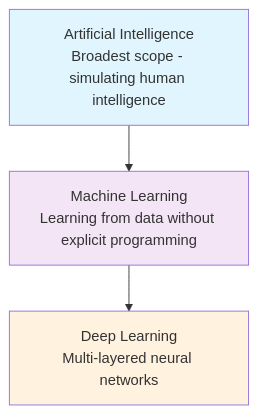
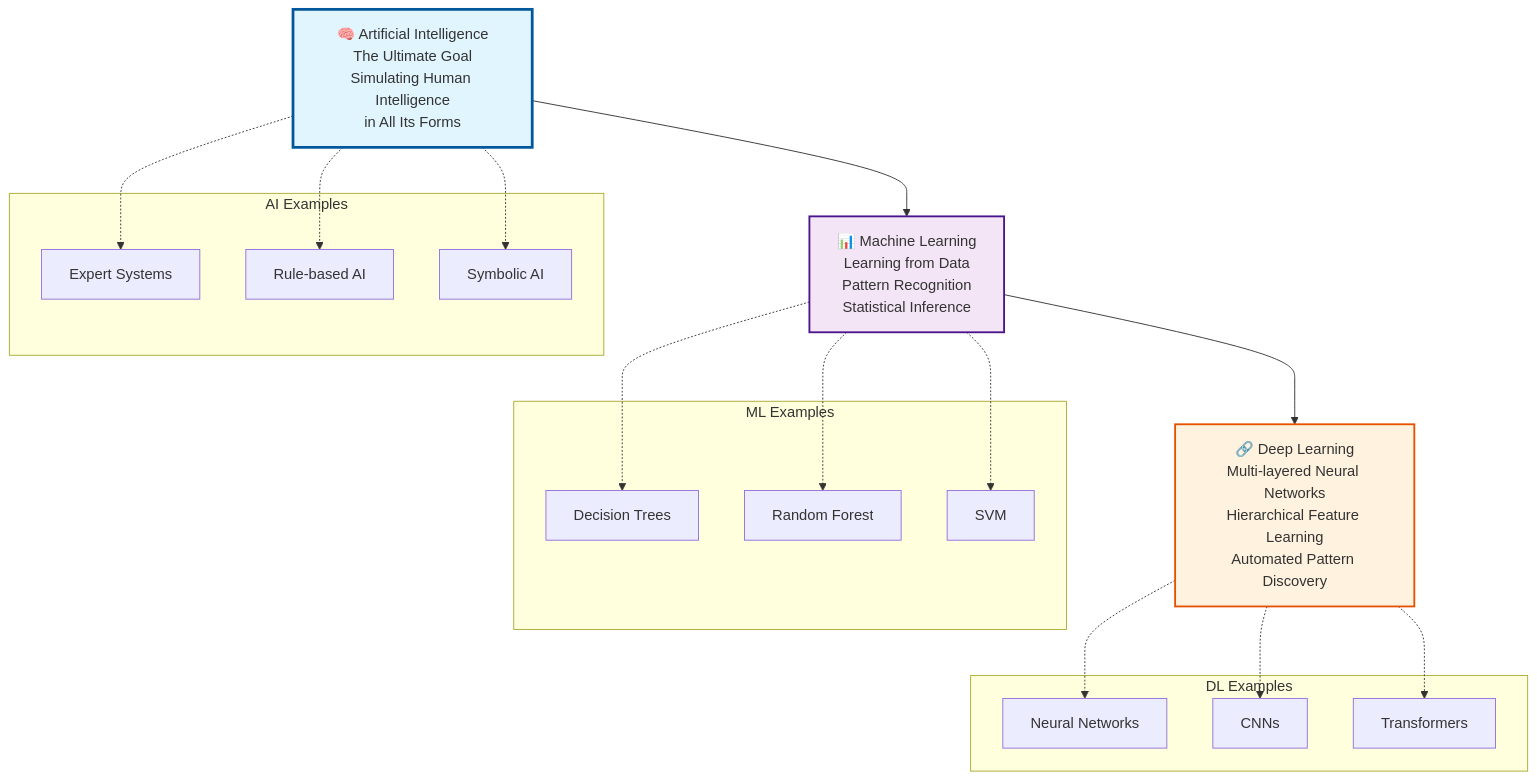
The first of 37 diagrams in llm_ai/ai_concepts_visualizations.md (kishorekkota/kishorekkota.github.io), drawn with Mermaid before and after one commit. The commit also changed other lines of this file and 2 other files, not shown here.

````diff
--- a/llm_ai/ai_concepts_visualizations.md
+++ b/llm_ai/ai_concepts_visualizations.md
@@ -15,13 +18,43 @@
 ```mermaid
 graph TB
-    AI[Artificial Intelligence<br/>Broadest scope - simulating human intelligence]
-    ML[Machine Learning<br/>Learning from data without explicit programming]
-    DL[Deep Learning<br/>Multi-layered neural networks]
+    AI[🧠 Artificial Intelligence<br/>The Ultimate Goal<br/>Simulating Human Intelligence<br/>in All Its Forms]
+    ML[📊 Machine Learning<br/>Learning from Data<br/>Pattern Recognition<br/>Statistical Inference]
+    DL[🔗 Deep Learning<br/>Multi-layered Neural Networks<br/>Hierarchical Feature Learning<br/>Automated Pattern Discovery]
     
     AI --> ML
     ML --> DL
     
-    style AI fill:#e1f5fe
-    style ML fill:#f3e5f5
-    style DL fill:#fff3e0
+    subgraph "AI Examples"
+        AI_EX1[Expert Systems]
+        AI_EX2[Rule-based AI]
+        AI_EX3[Symbolic AI]
+    end
+    
+    subgraph "ML Examples"
+        ML_EX1[Decision Trees]
+        ML_EX2[Random Forest]
+        ML_EX3[SVM]
+    end
+    
+    subgraph "DL Examples"
+        DL_EX1[Neural Networks]
+        DL_EX2[CNNs]
+        DL_EX3[Transformers]
+    end
+    
+    AI -.-> AI_EX1
+    AI -.-> AI_EX2
+    AI -.-> AI_EX3
+    
+    ML -.-> ML_EX1
+    ML -.-> ML_EX2
+    ML -.-> ML_EX3
+    
+    DL -.-> DL_EX1
+    DL -.-> DL_EX2
+    DL -.-> DL_EX3
+    
+    style AI fill:#e1f5fe,stroke:#01579B,stroke-width:3px
+    style ML fill:#f3e5f5,stroke:#4A148C,stroke-width:2px
+    style DL fill:#fff3e0,stroke:#E65100,stroke-width:2px
 ```
````
